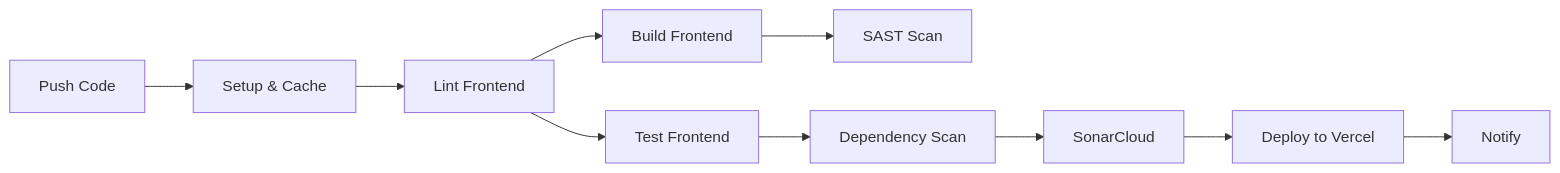
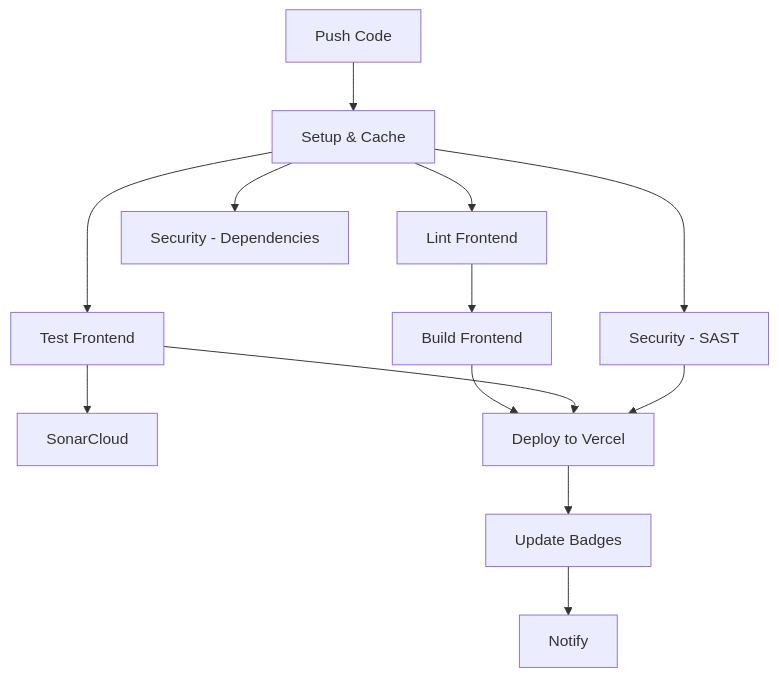
The diagram in README.md (afmenezes1989/fiap-mba-intelligent-cicd-pipelines), drawn with Mermaid before and after one commit. The commit also changed other lines of this file, not shown here.

````diff
--- a/README.md
+++ b/README.md
@@ -120,12 +120,15 @@
 ```mermaid
-graph LR
+graph TB
     A[Push Code] --> B[Setup & Cache]
     B --> C[Lint Frontend]
-    C --> D[Build Frontend]
-    C --> E[Test Frontend]
-    D --> F[SAST Scan]
-    E --> G[Dependency Scan]
-    G --> H[SonarCloud]
-    H --> I[Deploy to Vercel]
-    I --> J[Notify]
+    B --> D[Test Frontend]
+    B --> E[Security - SAST]
+    B --> F[Security - Dependencies]
+    C --> G[Build Frontend]
+    D --> H[SonarCloud]
+    G --> I[Deploy to Vercel]
+    D --> I
+    E --> I
+    I --> J[Update Badges]
+    J --> K[Notify]
 ```
````
